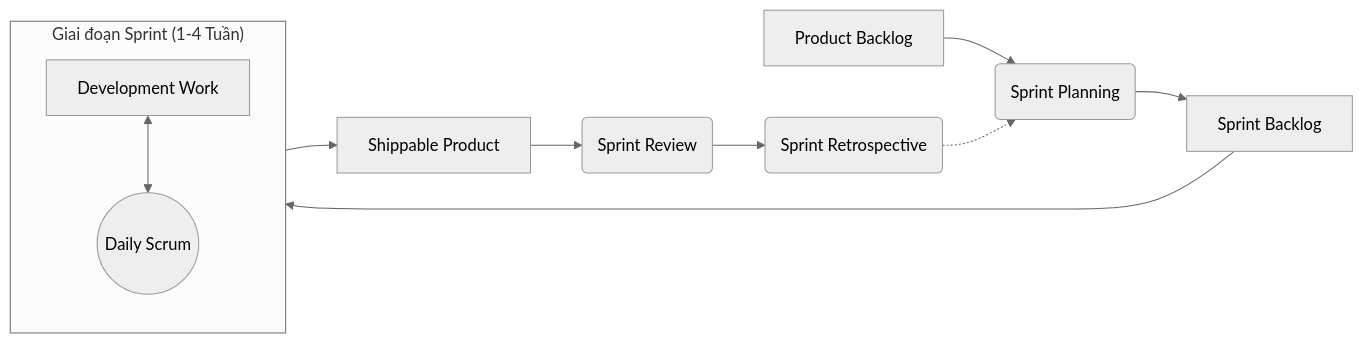
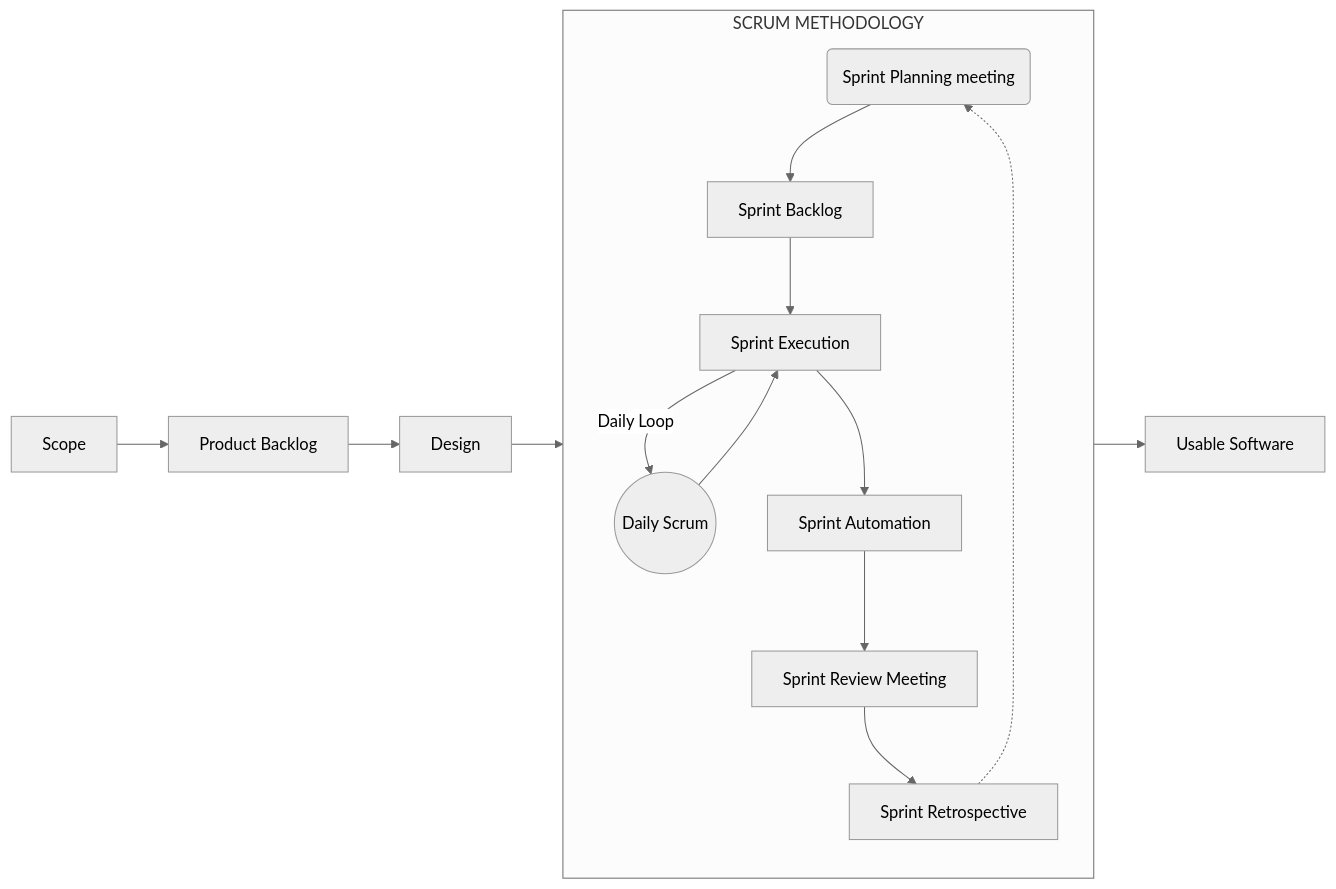
One commit to nguynn12/Cong-nghe-phan-mem changed the fourth of 4 diagrams in index.md. Above: the diagram before and after it, drawn with Mermaid (neutral theme).

```diff
--- a/index.md
+++ b/index.md
@@ -92,27 +92,32 @@
 <pre class="mermaid">
 graph LR
-    %% Các thành phần đầu vào
-    A[Product Backlog] --> B(Sprint Planning)
-    B --> C[Sprint Backlog]
+    %% --- GIAI ĐOẠN CHUẨN BỊ (Mũi tên bên trái) ---
+    Start1[Scope] --> Start2[Product Backlog]
+    Start2 --> Start3[Design]
+
+    %% --- VÒNG LẶP SCRUM (Hình tròn ở giữa) ---
+    subgraph ScrumCycle ["SCRUM METHODOLOGY"]
+        direction TB
+        %% Các bước trong vòng tròn
+        P1(Sprint Planning meeting) --> P2[Sprint Backlog]
+        P2 --> P3[Sprint Execution]
+        
+        %% Daily Scrum là vòng lặp nhỏ trên đầu Sprint Execution
+        P3 -- Daily Loop --> P4((Daily Scrum))
+        P4 --> P3
+        
+        P3 --> P5[Sprint Automation]
+        P5 --> P6[Sprint Review Meeting]
+        P6 --> P7[Sprint Retrospective]
+        
+        %% Đường quay lại để khép kín vòng tròn
+        P7 -.-> P1
+    end
+
+    %% --- KẾT NỐI VÀO VÀ RA ---
+    %% Từ Design đi vào quy trình
+    Start3 --> P1
     
-    %% Vòng lặp Sprint
-    subgraph SprintCycle ["Giai đoạn Sprint (1-4 Tuần)"]
-        direction TB
-        D[Development Work]
-        E((Daily Scrum))
-        
-        %% Mũi tên 2 chiều thể hiện việc họp diễn ra song song với làm việc
-        D <--> E
-    end
-    
-    %% Luồng đi vào và đi ra Sprint
-    C --> D
-    
-    %% Kết quả
-    D --> F[Shippable Product]
-    F --> G(Sprint Review)
-    G --> H(Sprint Retrospective)
-    
-    %% Mũi tên quay vòng cho Sprint tiếp theo
-    H -.-> B
+    %% Từ Review tạo ra phần mềm sử dụng được (Mũi tên vàng bên phải)
+    P6 --> EndNode[Usable Software]
 </pre>
```
